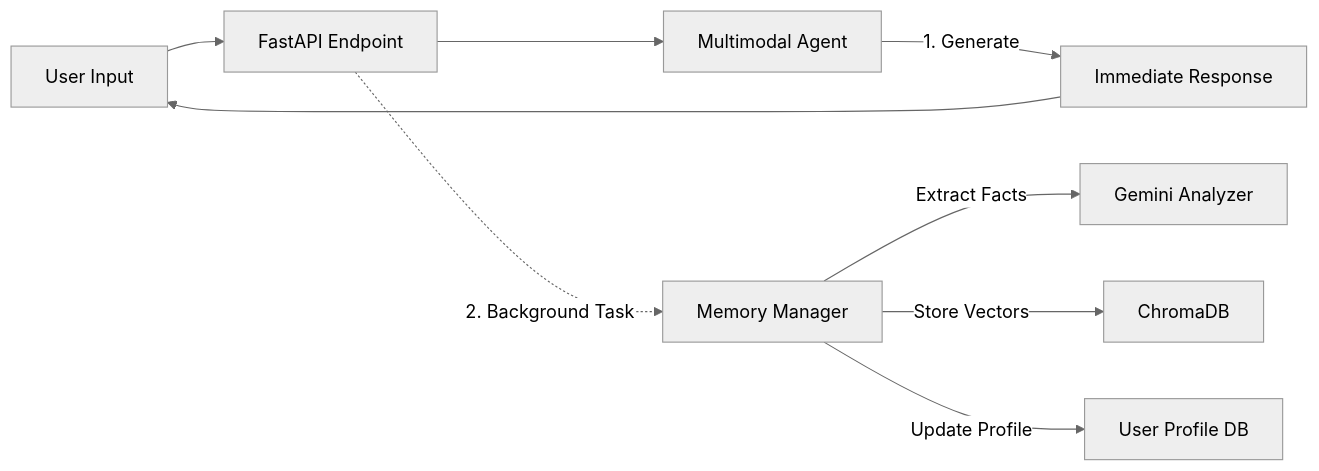
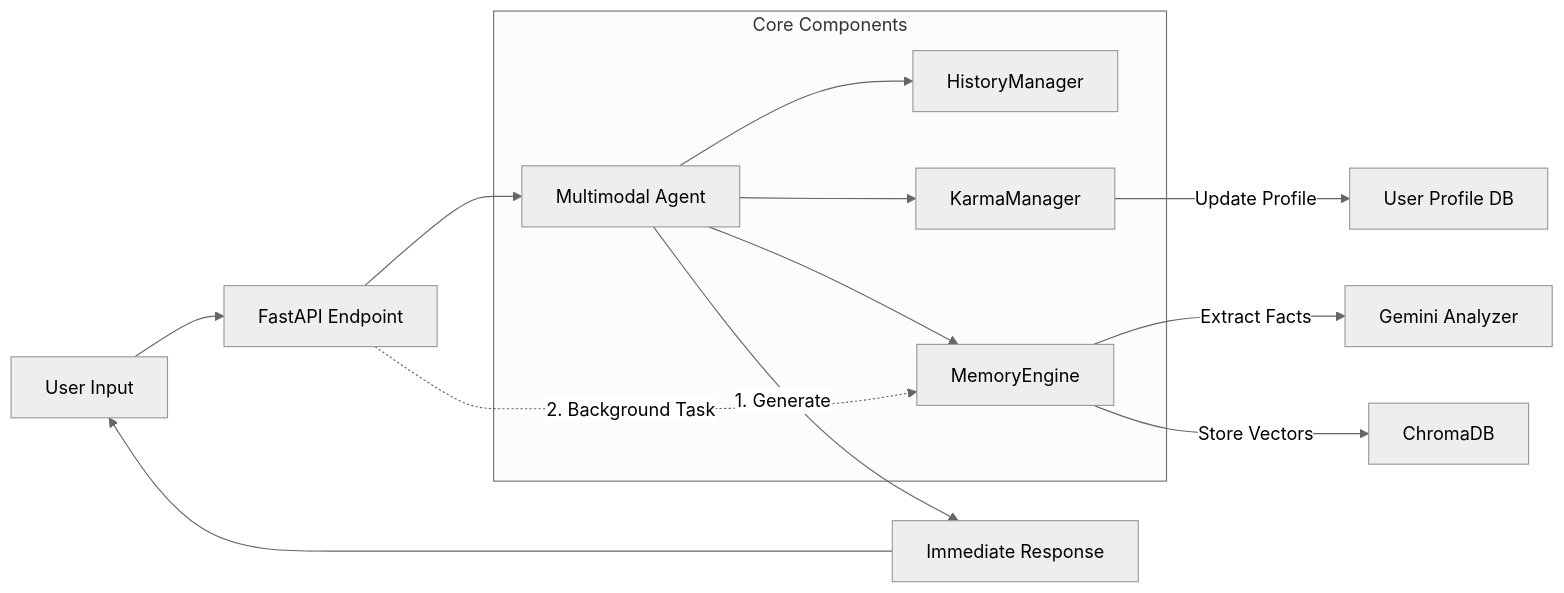
The first of 2 diagrams in README.md (tanutb/AnanBot), drawn with Mermaid (neutral theme) before and after one commit. The commit also changed 12 other files, not shown here.

````diff
--- a/README.md
+++ b/README.md
@@ -37,12 +37,19 @@
 ```mermaid
 graph LR
     User[User Input] --> API[FastAPI Endpoint]
     API --> Agent[Multimodal Agent]
+    
+    subgraph Core Components
+        Agent --> Hist[HistoryManager]
+        Agent --> Karma[KarmaManager]
+        Agent --> RAG[MemoryEngine]
+    end
+
     Agent -->|1. Generate| Response[Immediate Response]
     Response --> User
     
-    API -.->|2. Background Task| Memory[Memory Manager]
-    Memory -->|Extract Facts| LLM[Gemini Analyzer]
-    Memory -->|Store Vectors| Chroma[ChromaDB]
-    Memory -->|Update Profile| JSON[User Profile DB]
+    API -.->|2. Background Task| RAG
+    RAG -->|Extract Facts| LLM[Gemini Analyzer]
+    RAG -->|Store Vectors| Chroma[ChromaDB]
+    Karma -->|Update Profile| JSON[User Profile DB]
 ```
````
